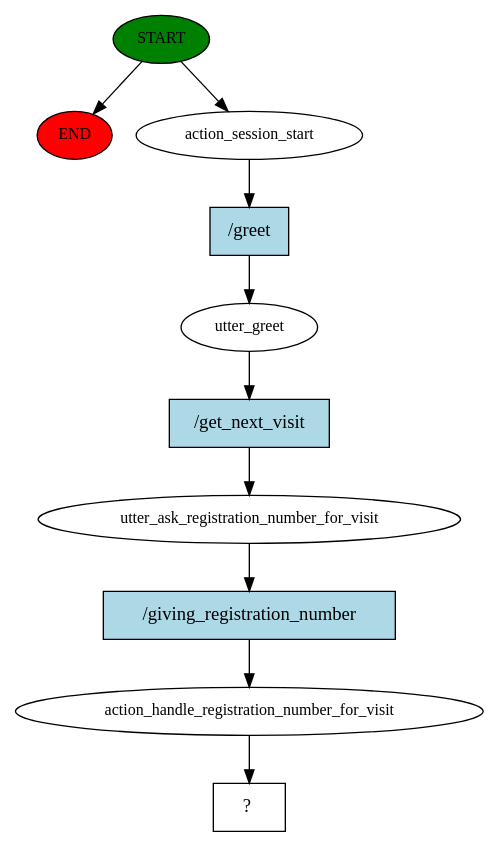
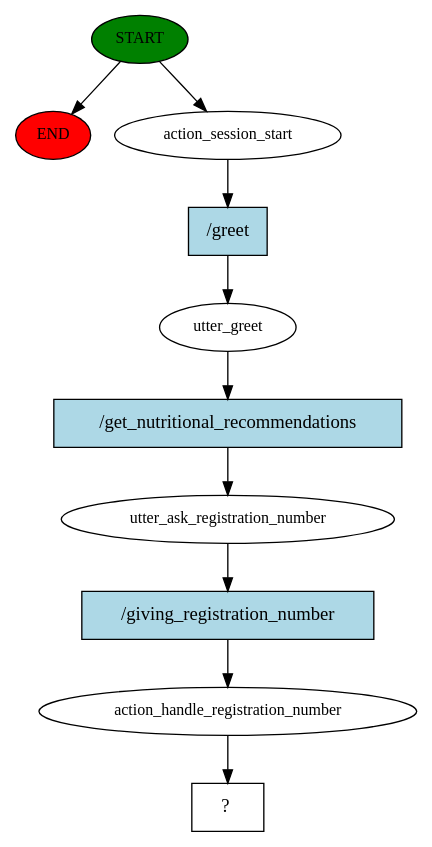
The diagram in rasabot/story_graph.dot (JRButoto/RCHS-Chatbot), drawn with Graphviz before and after one commit. The commit also changed 7 other files, not shown here.

```diff
--- a/rasabot/story_graph.dot
+++ b/rasabot/story_graph.dot
@@ -1,21 +1,21 @@
 digraph  {
 0 [class="start active", fillcolor=green, fontsize=12, label=START, style=filled];
 "-1" [class=end, fillcolor=red, fontsize=12, label=END, style=filled];
 1 [class=active, fontsize=12, label=action_session_start];
 2 [class=active, fontsize=12, label=utter_greet];
-3 [class=active, fontsize=12, label=utter_ask_registration_number_for_visit];
-4 [class=active, fontsize=12, label=action_handle_registration_number_for_visit];
+3 [class=active, fontsize=12, label=utter_ask_registration_number];
+4 [class=active, fontsize=12, label=action_handle_registration_number];
 5 [class="intent dashed active", label="  ?  ", shape=rect];
 6 [class="intent active", fillcolor=lightblue, label="/greet", shape=rect, style=filled];
-7 [class="intent active", fillcolor=lightblue, label="/get_next_visit", shape=rect, style=filled];
+7 [class="intent active", fillcolor=lightblue, label="/get_nutritional_recommendations", shape=rect, style=filled];
 8 [class="intent active", fillcolor=lightblue, label="/giving_registration_number", shape=rect, style=filled];
 0 -> "-1"  [class="", key=NONE, label=""];
 0 -> 1  [class=active, key=NONE, label=""];
 1 -> 6  [class=active, key=0];
 2 -> 7  [class=active, key=0];
 3 -> 8  [class=active, key=0];
 4 -> 5  [class=active, key=NONE, label=""];
 6 -> 2  [class=active, key=0];
 7 -> 3  [class=active, key=0];
 8 -> 4  [class=active, key=0];
 }
```
